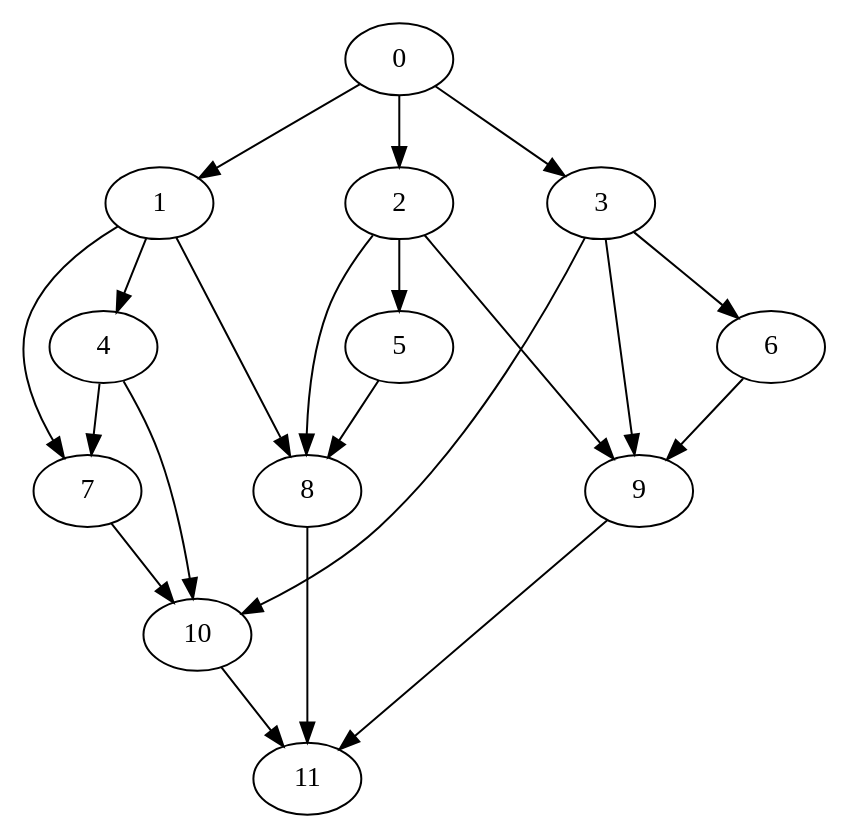
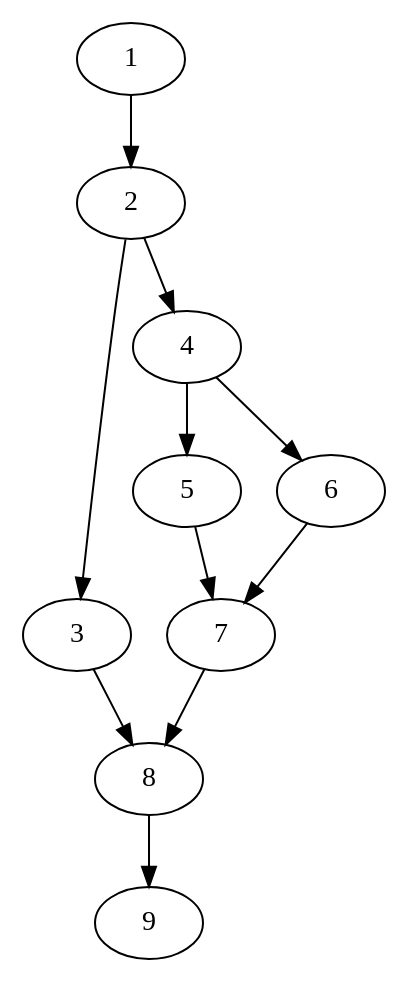
Before and after one commit to chetan-anand/btp: the diagram in graph1.gv, drawn with Graphviz. The commit also changed 17 other files, not shown here.

```diff
--- a/graph1.gv
+++ b/graph1.gv
@@ -1,22 +1,12 @@
 digraph G {
-1->4
-1->7
-1->8
-2->5
-2->8
-2->9
-3->6
-3->9
-3->10
-4->7
-4->10
-5->8
-6->9
-7->10
-8->11
-9->11
-10->11
-0->1
-0->2
-0->3
+2->3
+2->4
+3->8
+4->5
+4->6
+5->7
+6->7
+7->8
+8->9
+1->2
 }
```
